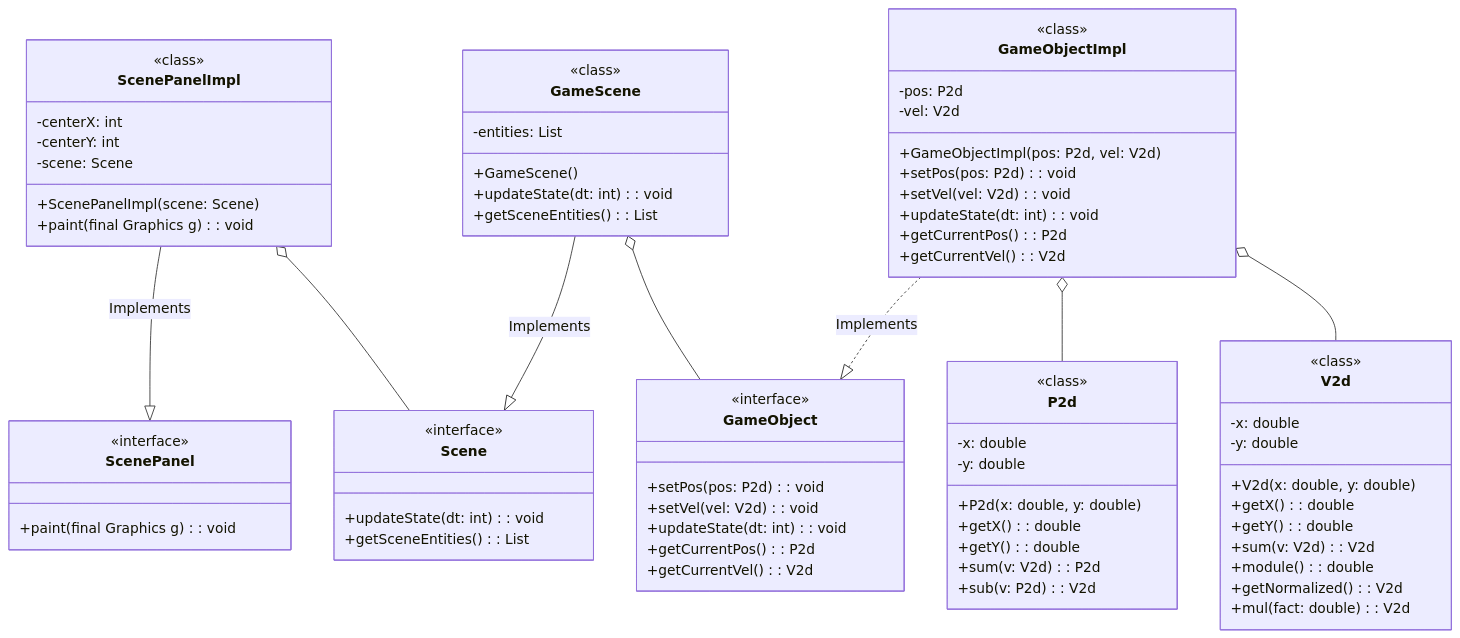
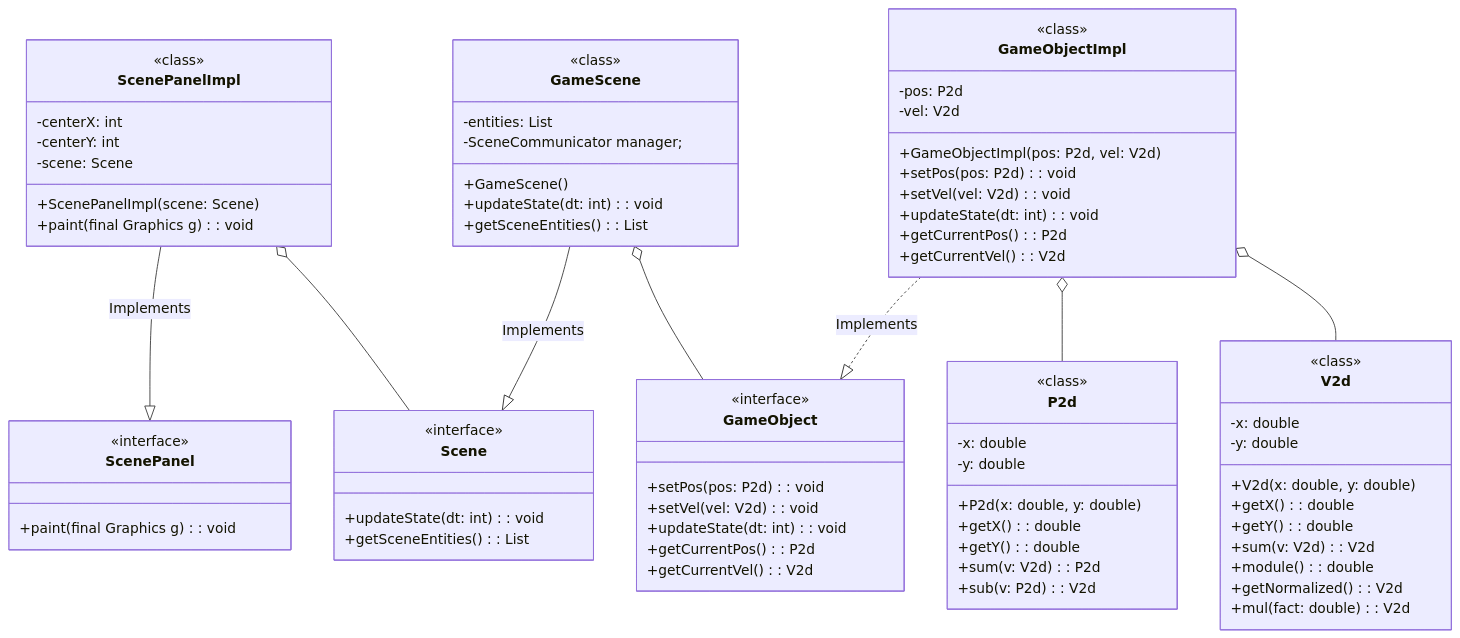
One commit to GiuseppeGambacorta/2DGameEngine changed the second of 3 diagrams in README.md. Above: the diagram before and after it, drawn with Mermaid. The commit also changed other lines of this file, not shown here.

```diff
--- a/README.md
+++ b/README.md
@@ -72,6 +72,7 @@
 class GameScene {
   <<class>>
   -entities: List<GameObject>
+  -SceneCommunicator manager;
   +GameScene()
   +updateState(dt: int): void
   +getSceneEntities(): List<GameObject>
```
